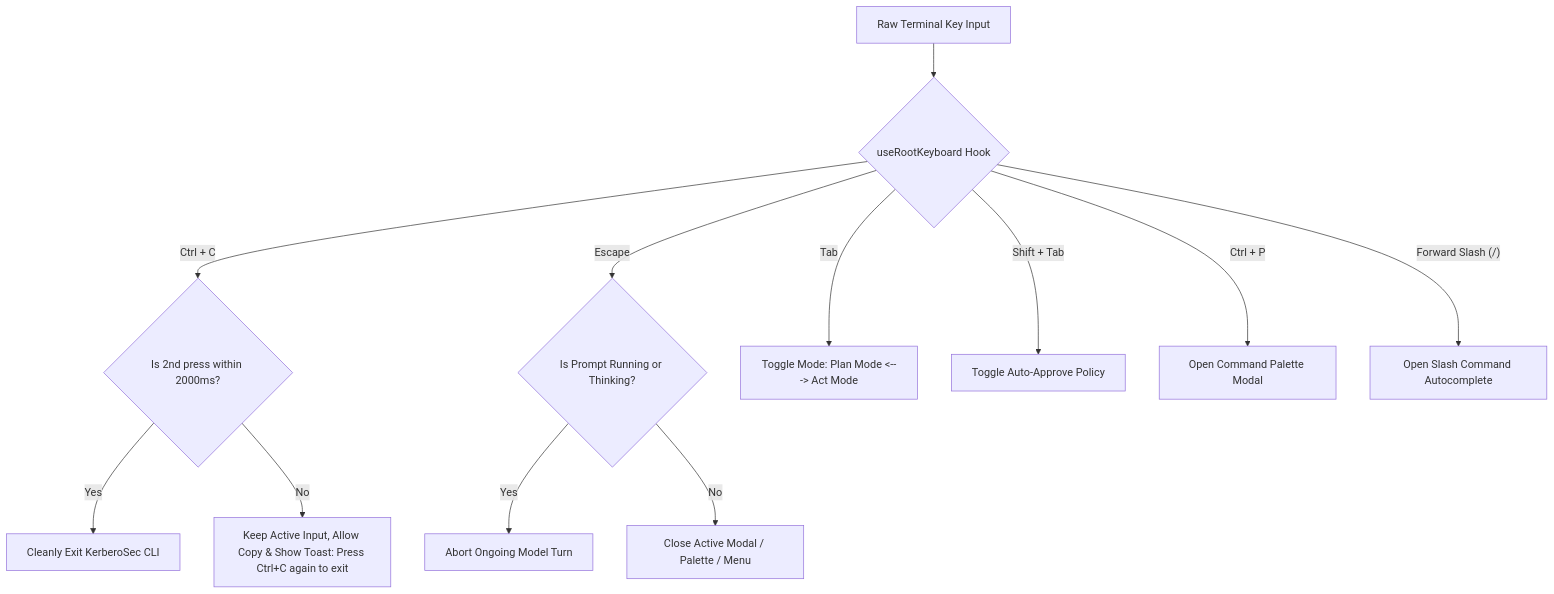
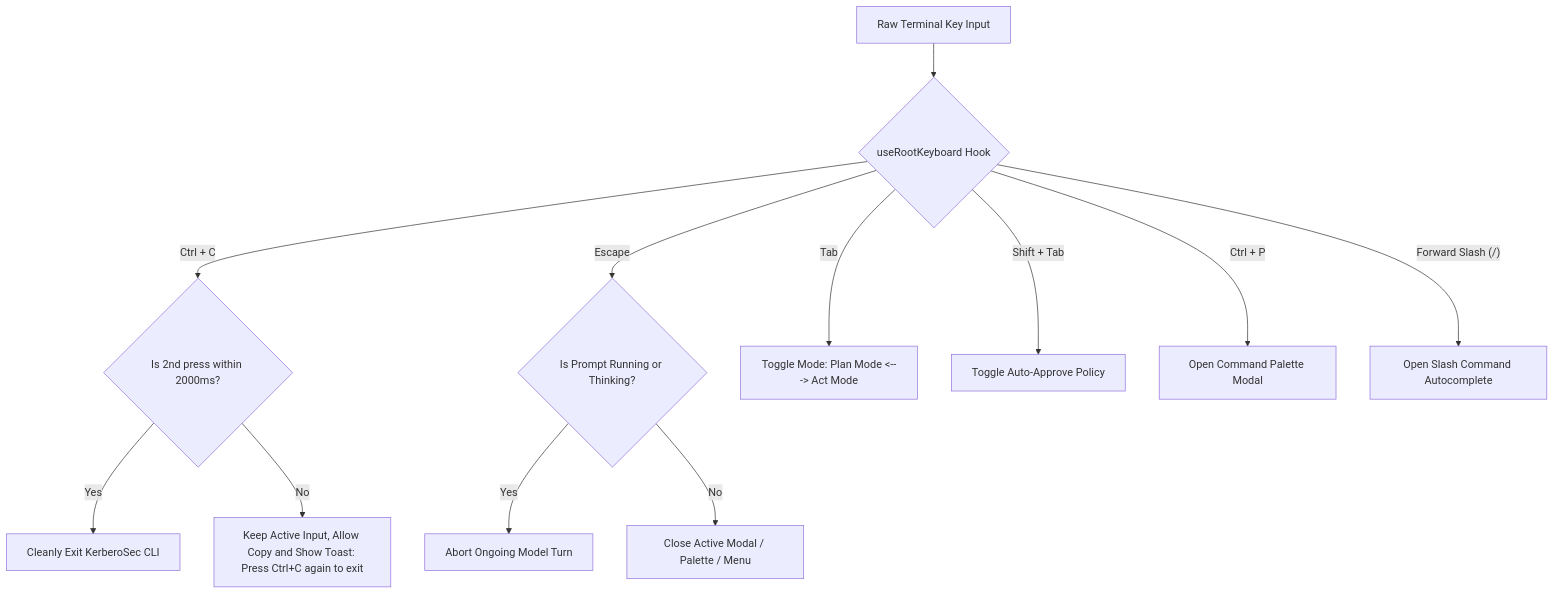
Before and after one commit to KerberoSec/KerberoSec-CLI: the third of 24 diagrams in README.md, drawn with Mermaid. The commit also changed other lines of this file and 5 other files, not shown here.

````diff
--- a/README.md
+++ b/README.md
@@ -217,17 +324,17 @@
 ```mermaid
 flowchart TD
     KeyRaw["Raw Terminal Key Input"] --> KeyRouter{"useRootKeyboard Hook"}
     
     KeyRouter -- "Ctrl + C" --> CtrlCDelay{"Is 2nd press within 2000ms?"}
     CtrlCDelay -- "Yes" --> ExitApp["Cleanly Exit KerberoSec CLI"]
-    CtrlCDelay -- "No" --> ToastNotice["Keep Active Input, Allow Copy & Show Toast: Press Ctrl+C again to exit"]
+    CtrlCDelay -- "No" --> ToastNotice["Keep Active Input, Allow Copy and Show Toast: Press Ctrl+C again to exit"]
 
     KeyRouter -- "Escape" --> RunningCheck{"Is Prompt Running or Thinking?"}
     RunningCheck -- "Yes" --> AbortPrompt["Abort Ongoing Model Turn"]
     RunningCheck -- "No" --> CloseDialog["Close Active Modal / Palette / Menu"]
 
     KeyRouter -- "Tab" --> ToggleMode["Toggle Mode: Plan Mode <---> Act Mode"]
     KeyRouter -- "Shift + Tab" --> ToggleApprove["Toggle Auto-Approve Policy"]
     KeyRouter -- "Ctrl + P" --> OpenPalette["Open Command Palette Modal"]
     KeyRouter -- "Forward Slash (/)" --> TriggerSlash["Open Slash Command Autocomplete"]
 ```
````
